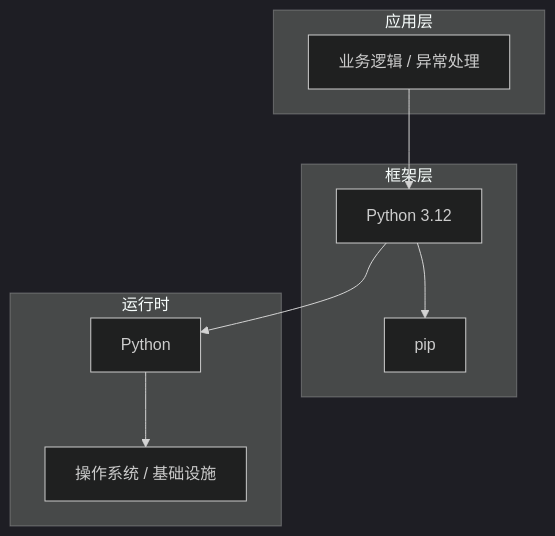
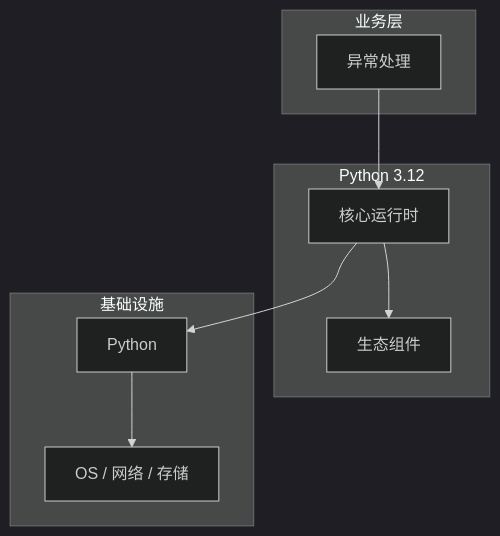
The diagram in articles/Python核心/chapters/084-异常处理核心概念与原理.md (yanggan2015/knowledge-json-v2), drawn with Mermaid (dark theme) before and after one commit. The commit also changed other lines of this file and 10127 other files, not shown here.

````diff
--- a/articles/Python核心/chapters/084-异常处理核心概念与原理.md
+++ b/articles/Python核心/chapters/084-异常处理核心概念与原理.md
@@ -45,18 +34,18 @@
 ```mermaid
 graph TB
-    subgraph 应用层
-        A[业务逻辑 / 异常处理]
+    subgraph 业务层
+        A[异常处理]
     end
-    subgraph 框架层
-        B[Python 3.12]
-        C[pip]
+    subgraph Python 3.12
+        B[核心运行时]
+        C[生态组件]
     end
-    subgraph 运行时
+    subgraph 基础设施
         D[Python]
-        E[操作系统 / 基础设施]
+        E[OS / 网络 / 存储]
     end
     A --> B
     B --> C
     B --> D
     D --> E
 ```
````
